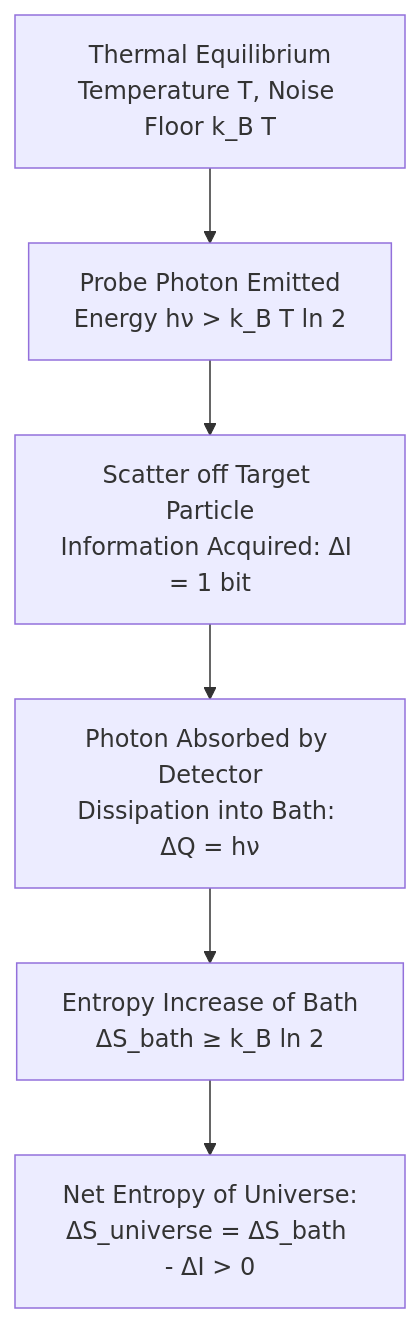
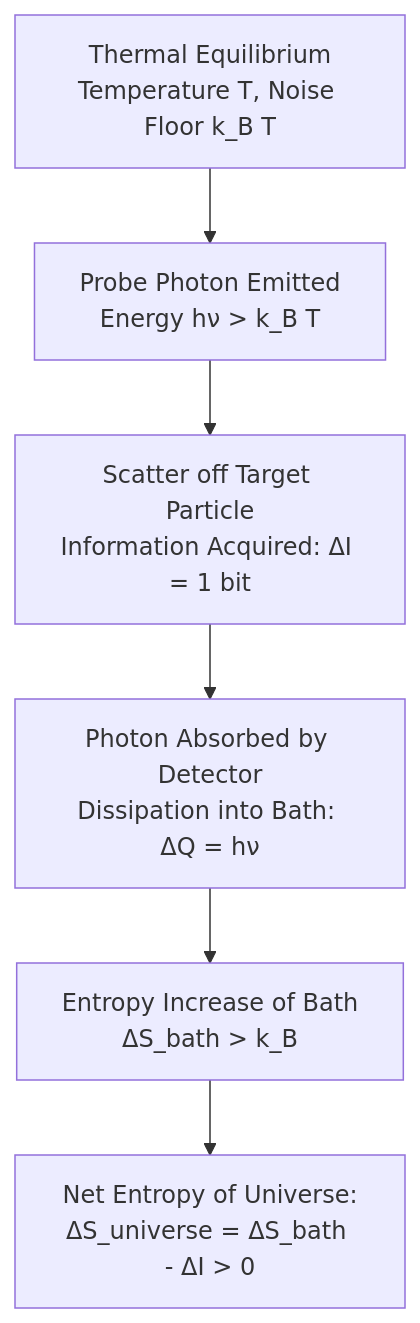
Before and after one commit to hiraditya/hiraditya.github.io: the second of 7 diagrams in _posts/2026-10-08-there-is-no-such-thing-as-a-passive-read.md, drawn with Mermaid. The commit also changed other lines of this file, not shown here.

````diff
--- a/_posts/2026-10-08-there-is-no-such-thing-as-a-passive-read.md
+++ b/_posts/2026-10-08-there-is-no-such-thing-as-a-passive-read.md
@@ -121,8 +125,8 @@
 ```mermaid
 graph TD
-  A["Thermal Equilibrium<br/>Temperature T, Noise Floor k_B T"] --> B["Probe Photon Emitted<br/>Energy h&nu; &gt; k_B T ln 2"]
+  A["Thermal Equilibrium<br/>Temperature T, Noise Floor k_B T"] --> B["Probe Photon Emitted<br/>Energy h&nu; &gt; k_B T"]
   B --> C["Scatter off Target Particle<br/>Information Acquired: &Delta;I = 1 bit"]
   C --> D["Photon Absorbed by Detector<br/>Dissipation into Bath: &Delta;Q = h&nu;"]
-  D --> E["Entropy Increase of Bath<br/>&Delta;S_bath &ge; k_B ln 2"]
+  D --> E["Entropy Increase of Bath<br/>&Delta;S_bath &gt; k_B"]
   E --> F["Net Entropy of Universe:<br/>&Delta;S_universe = &Delta;S_bath - &Delta;I &gt; 0"]
 ```
````
